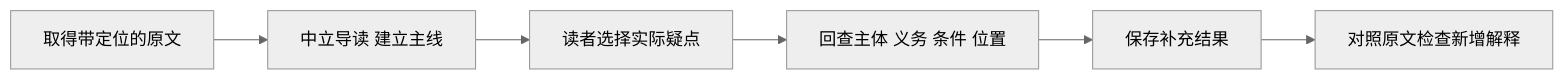
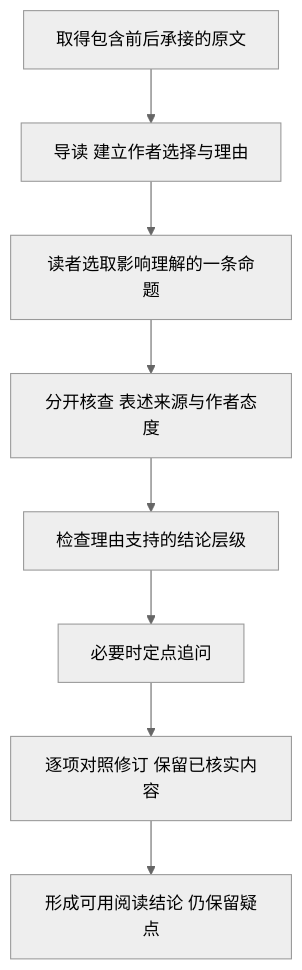
The diagram in docs/技术分享.md (Feiniao5340-cloud/ai-legal-paper-reading), drawn with Mermaid (neutral theme) before and after one commit. The commit also changed other lines of this file and 68 other files, not shown here.

````diff
--- a/docs/技术分享.md
+++ b/docs/技术分享.md
@@ -15,8 +29,10 @@
 ```mermaid
-flowchart LR
-  A[取得带定位的原文] --> B[中立导读 建立主线]
-  B --> C[读者选择实际疑点]
-  C --> D[回查主体 义务 条件 位置]
-  D --> E[保存补充结果]
-  E --> F[对照原文检查新增解释]
+flowchart TD
+ A[取得包含前后承接的原文] --> B[导读 建立作者选择与理由]
+ B --> C[读者选取影响理解的一条命题]
+ C --> D[分开核查 表述来源与作者态度]
+ D --> E[检查理由支持的结论层级]
+ E --> F[必要时定点追问]
+ F --> G[逐项对照修订 保留已核实内容]
+ G --> H[形成可用阅读结论 仍保留疑点]
 ```
````
